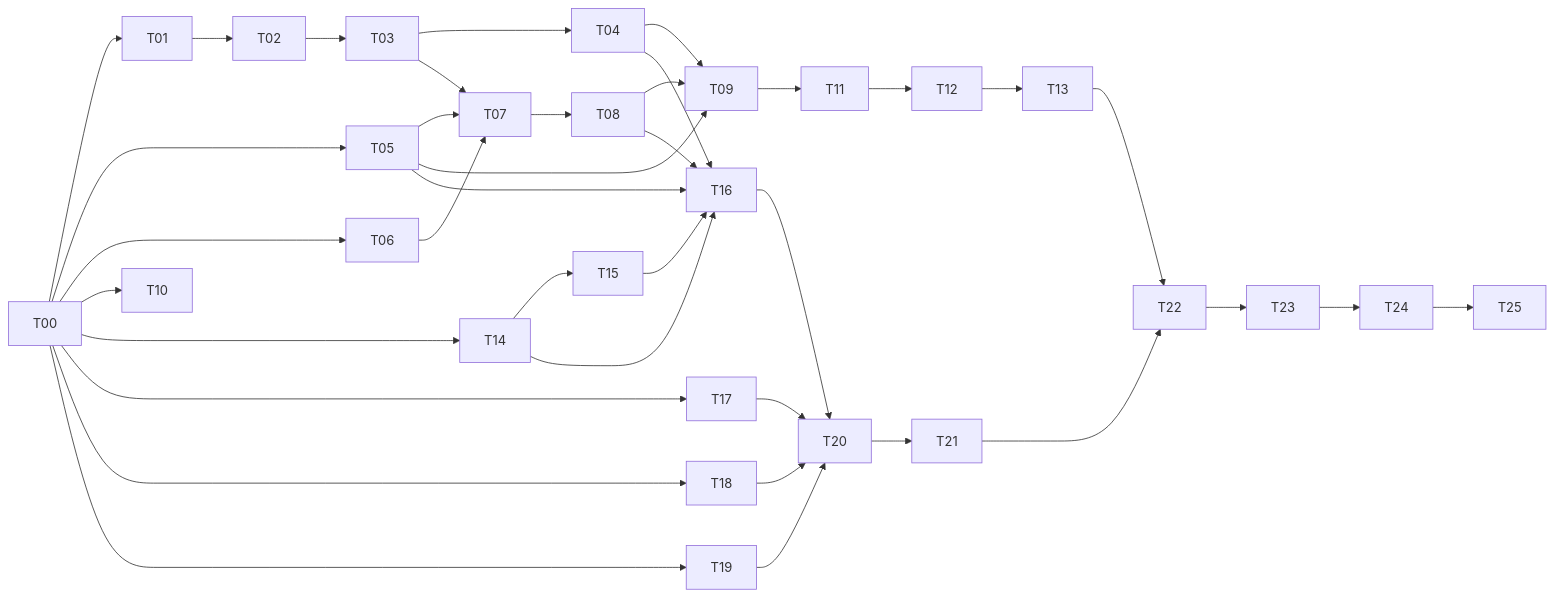
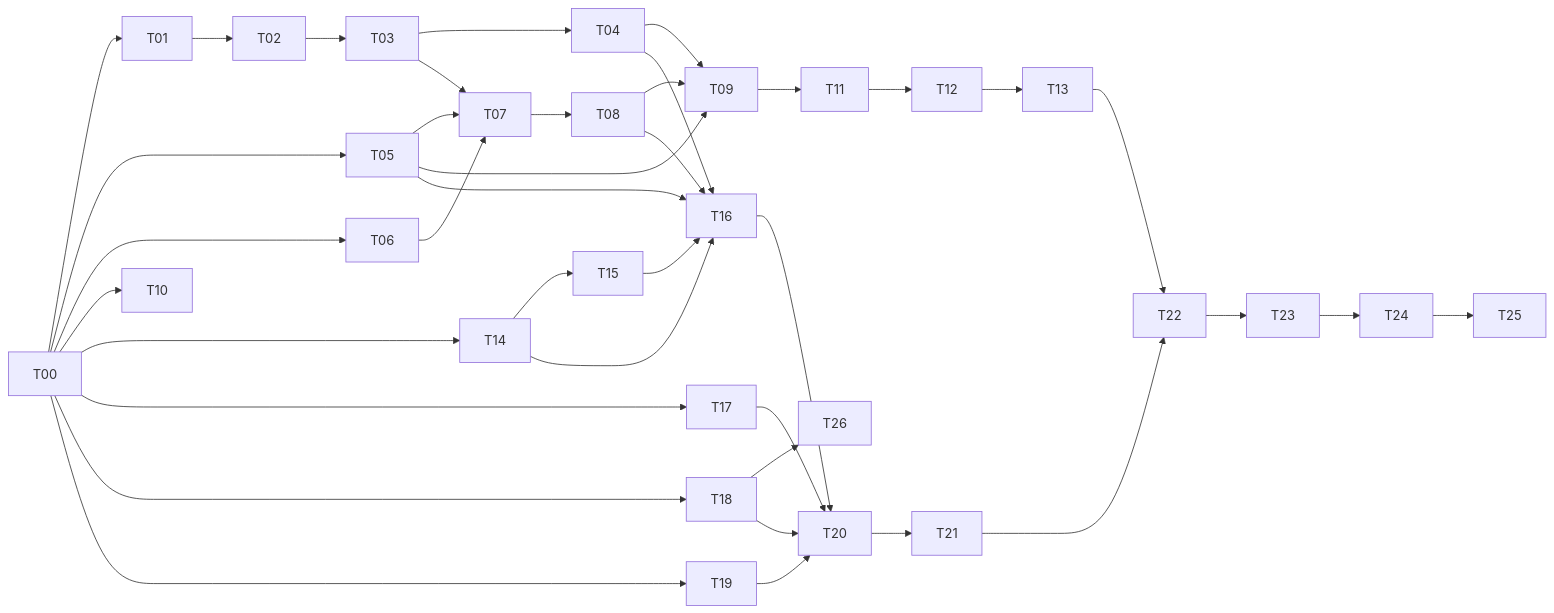
Before and after one commit to akshatauppinventure/web-app-test: the diagram in PLAN.md, drawn with Mermaid. The commit also changed other lines of this file and 20 other files, not shown here.

````diff
--- a/PLAN.md
+++ b/PLAN.md
@@ -56,29 +57,30 @@
 ```mermaid
 graph LR
   T00 --> T01 --> T02 --> T03 --> T04
   T00 --> T05
   T00 --> T06 --> T07 --> T08
   T03 --> T07
   T05 --> T07
   T04 --> T09
   T05 --> T09
   T08 --> T09
   T00 --> T10
   T09 --> T11 --> T12 --> T13
   T00 --> T14
   T14 --> T15
   T04 --> T16
   T05 --> T16
   T08 --> T16
   T14 --> T16
   T15 --> T16
   T00 --> T17
   T00 --> T18
   T00 --> T19
+  T18 --> T26
   T16 --> T20
   T17 --> T20
   T18 --> T20
   T19 --> T20
   T20 --> T21 --> T22 --> T23 --> T24 --> T25
   T13 --> T22
 ```
````
